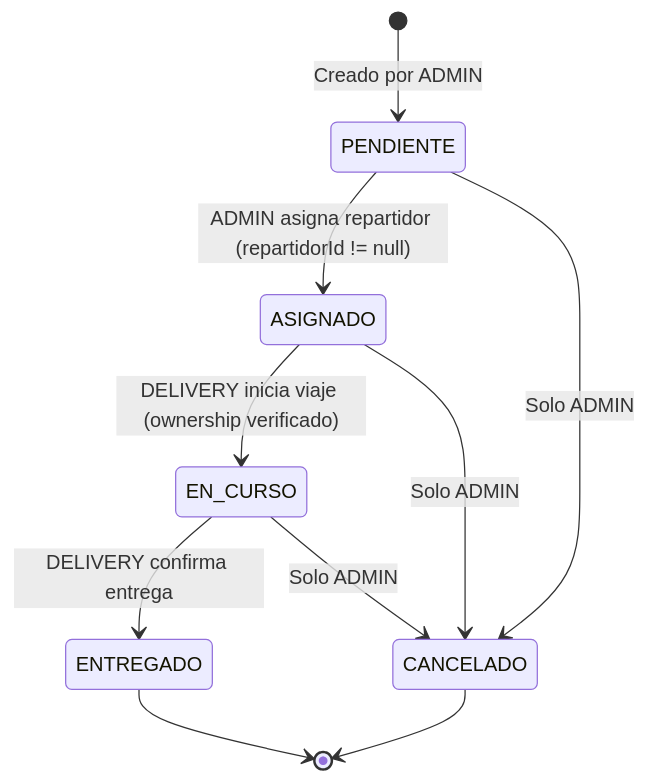
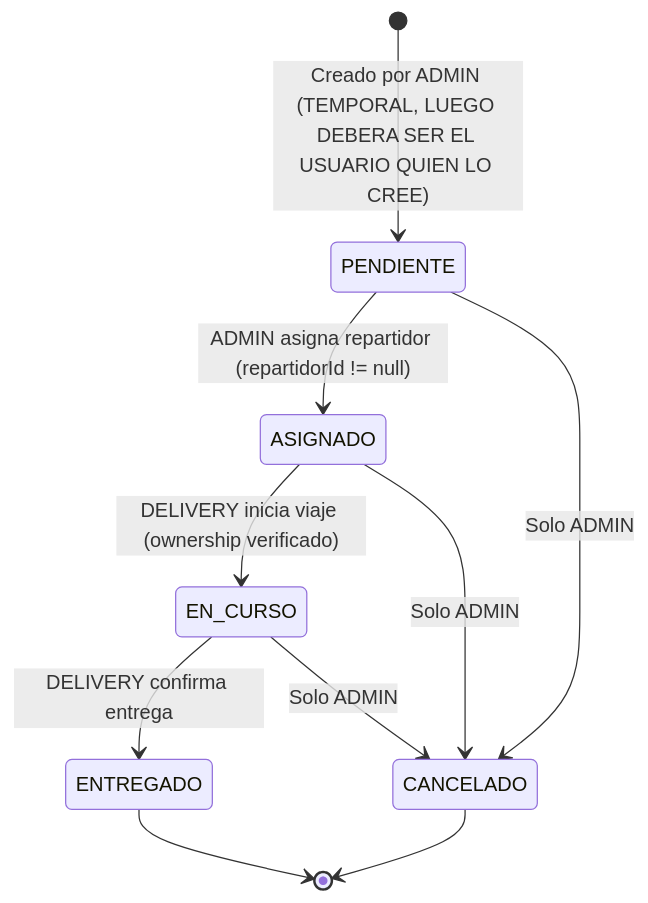
One commit to j-olivera/DeliveryHub-Backend changed the first of 2 diagrams in README.md. Above: the diagram before and after it, drawn with Mermaid. The commit also changed 12 other files, not shown here.

````diff
--- a/README.md
+++ b/README.md
@@ -80,14 +80,14 @@
 ```mermaid
 stateDiagram-v2
-    [*] --> PENDIENTE : Creado por ADMIN
+    [*] --> PENDIENTE : Creado por ADMIN (TEMPORAL, LUEGO DEBERA SER EL USUARIO QUIEN LO CREE)
     PENDIENTE --> ASIGNADO : ADMIN asigna repartidor (repartidorId != null)
     ASIGNADO --> EN_CURSO : DELIVERY inicia viaje (ownership verificado)
     EN_CURSO --> ENTREGADO : DELIVERY confirma entrega
     
     PENDIENTE --> CANCELADO : Solo ADMIN
     ASIGNADO --> CANCELADO : Solo ADMIN
     EN_CURSO --> CANCELADO : Solo ADMIN
     
     ENTREGADO --> [*]
     CANCELADO --> [*]
 ```
````
